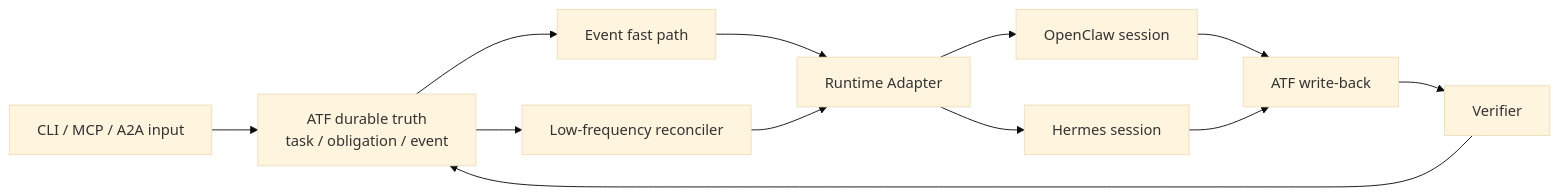
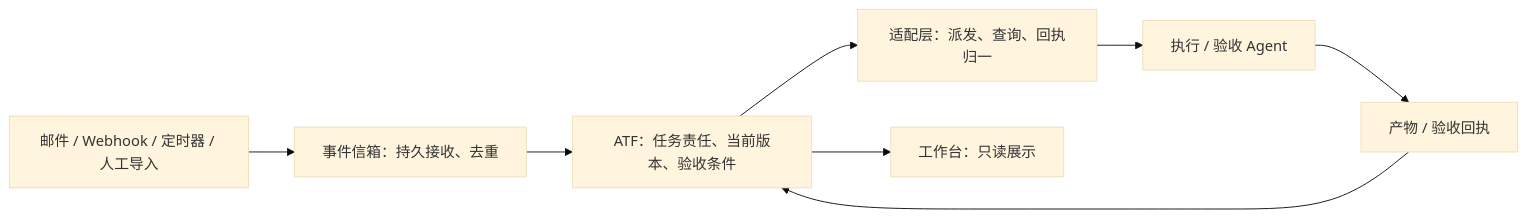
The diagram in README.md (vinson1101/agent-taskflow), drawn with Mermaid (base theme) before and after one commit. The commit also changed other lines of this file and 1 other file, not shown here.

Commit message:
docs: define standalone ATF delivery service and DSH pilot

````diff
--- a/README.md
+++ b/README.md
@@ -45,14 +17,10 @@
 ```mermaid
 flowchart LR
-  Input["CLI / MCP / A2A input"] --> Truth["ATF durable truth<br/>task / obligation / event"]
-  Truth --> Fast["Event fast path"]
-  Truth --> Slow["Low-frequency reconciler"]
-  Fast --> Adapter["Runtime Adapter"]
-  Slow --> Adapter
-  Adapter --> OpenClaw["OpenClaw session"]
-  Adapter --> Hermes["Hermes session"]
-  OpenClaw --> Writeback["ATF write-back"]
-  Hermes --> Writeback
-  Writeback --> Verify["Verifier"]
-  Verify --> Truth
+  Source["邮件 / Webhook / 定时器 / 人工导入"] --> Inbox["事件信箱：持久接收、去重"]
+  Inbox --> ATF["ATF：任务责任、当前版本、验收条件"]
+  ATF --> Adapter["适配层：派发、查询、回执归一"]
+  Adapter --> Agent["执行 / 验收 Agent"]
+  Agent --> Receipt["产物 / 验收回执"]
+  Receipt --> ATF
+  ATF --> View["工作台：只读展示"]
 ```
````
